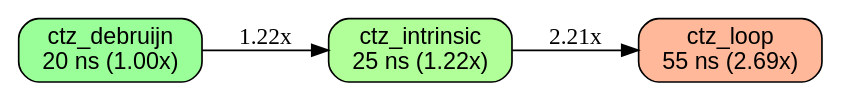
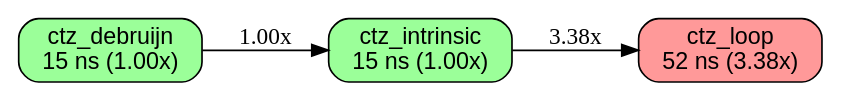
The diagram in docs/BENCHES.bit_count_ops.bit_count_ops_n256.macos-aarch64-c8-bare-apple.dot (orgrinrt/hilavitkutin), drawn with Graphviz before and after one commit. The commit also changed 318 other files, not shown here.

```diff
--- a/docs/BENCHES.bit_count_ops.bit_count_ops_n256.macos-aarch64-c8-bare-apple.dot
+++ b/docs/BENCHES.bit_count_ops.bit_count_ops_n256.macos-aarch64-c8-bare-apple.dot
@@ -1,16 +1,16 @@
 // AUTO-GENERATED: DO NOT EDIT DIRECTLY
 //
 // Generated by: mockspace (mock)
-// Generated at: 2026-11-15T14:25:39Z
+// Generated at: 2026-11-22T21:16:15Z
 // Source: mock/
 // To regenerate: cargo mock
 
 digraph "bit_count_ops/bit_count_ops_n256 on macos-aarch64-c8-bare-apple" {
   rankdir=LR;
   node [shape=box, style="rounded,filled", fontname="Helvetica"];
-  v0 [label="ctz_debruijn\n20 ns (1.00x)", fillcolor="0.330 0.4 1.0"];
-  v1 [label="ctz_intrinsic\n25 ns (1.22x)", fillcolor="0.294 0.4 1.0"];
-  v2 [label="ctz_loop\n55 ns (2.69x)", fillcolor="0.052 0.4 1.0"];
-  v0 -> v1 [label="1.22x"];
-  v1 -> v2 [label="2.21x"];
+  v0 [label="ctz_debruijn\n15 ns (1.00x)", fillcolor="0.330 0.4 1.0"];
+  v1 [label="ctz_intrinsic\n15 ns (1.00x)", fillcolor="0.330 0.4 1.0"];
+  v2 [label="ctz_loop\n52 ns (3.38x)", fillcolor="0.000 0.4 1.0"];
+  v0 -> v1 [label="1.00x"];
+  v1 -> v2 [label="3.38x"];
 }
```
